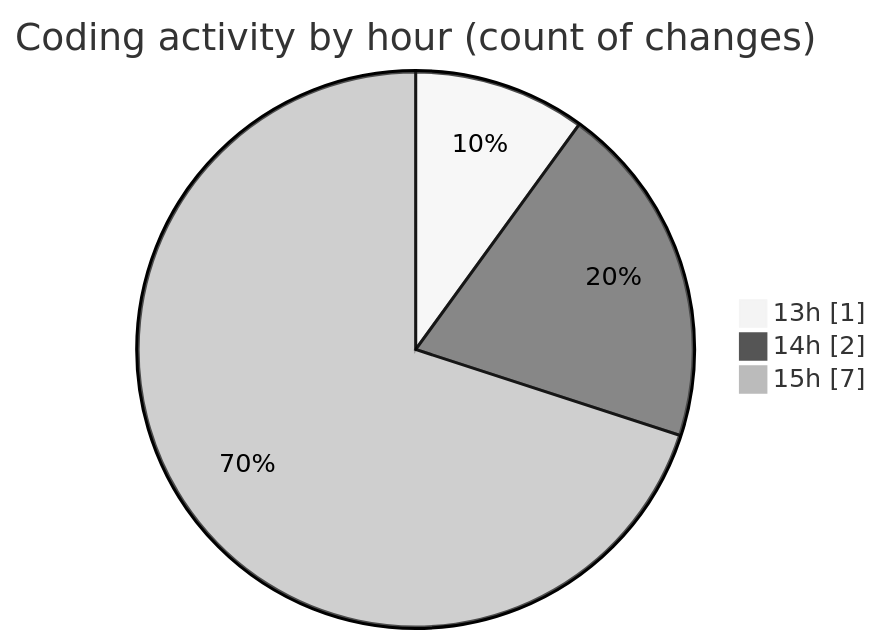
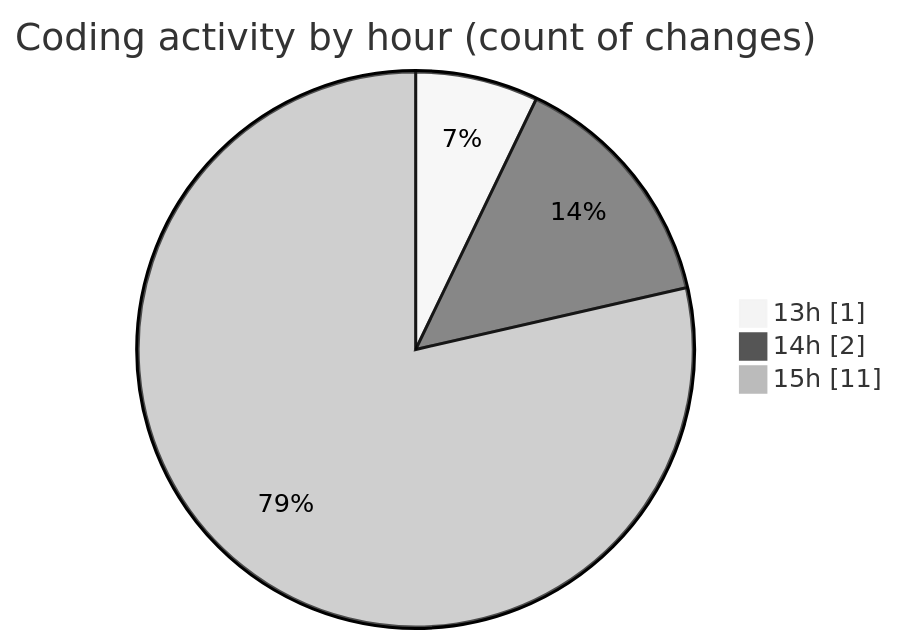
Before and after one commit to nxtqubesakshisongat/code-tracking: the second of 2 diagrams in 2025-12-04/nxtqube_webapp/README.md, drawn with Mermaid (neutral theme). The commit also changed other lines of this file and 1 other file, not shown here.

````diff
--- a/2025-12-04/nxtqube_webapp/README.md
+++ b/2025-12-04/nxtqube_webapp/README.md
@@ -29,7 +29,7 @@
 ```mermaid
 pie showData
 title Coding activity by hour (count of changes)
 "13h" : 1
 "14h" : 2
-"15h" : 7
+"15h" : 11
 ```
````
